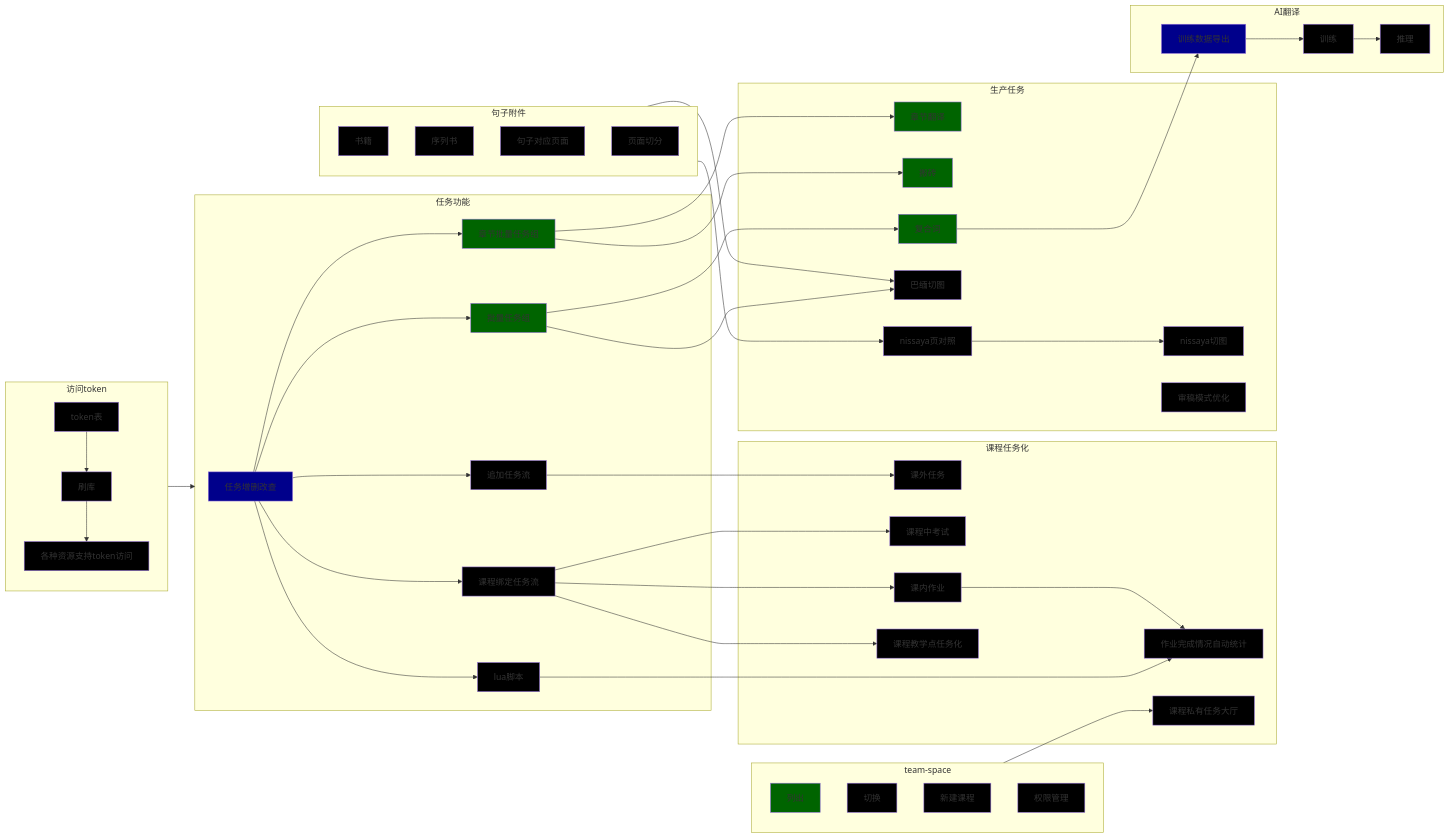
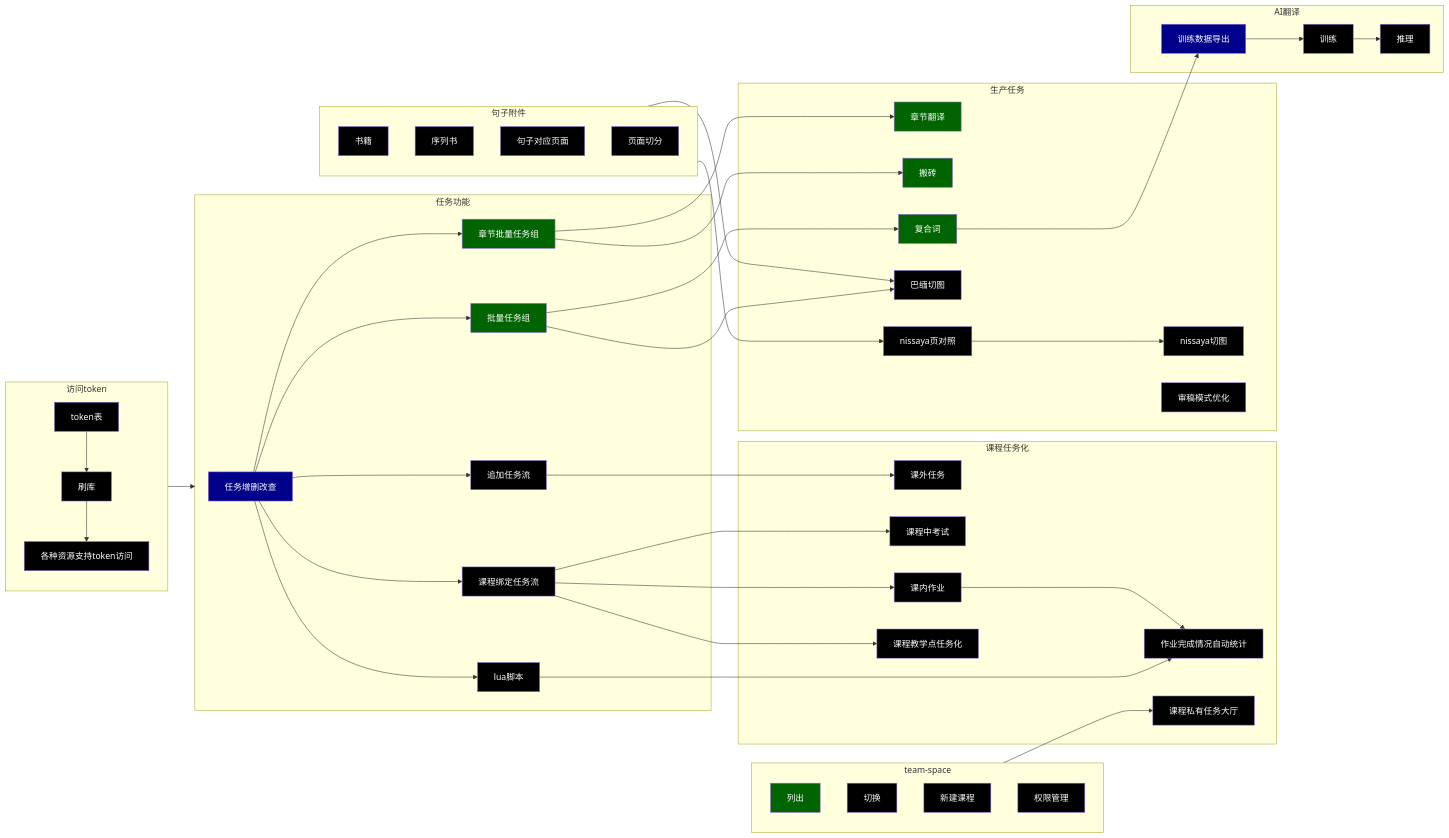
The diagram in api-v8/documents/task.md (visuddhinanda/mint), drawn with Mermaid before and after one commit.

Commit message:
,color:#fff

````diff
--- a/api-v8/documents/task.md
+++ b/api-v8/documents/task.md
@@ -3,8 +3,8 @@
 ```mermaid
 flowchart LR
-classDef done fill:darkgreen;
-classDef progressing fill:darkblue;
-classDef plan fill:black;
+classDef done fill:darkgreen,color:#fff;
+classDef progressing fill:darkblue,color:#fff;
+classDef plan fill:black,color:#fff;
 
 c1[课外任务]:::plan;
 c2[课程中考试]:::plan;
````
